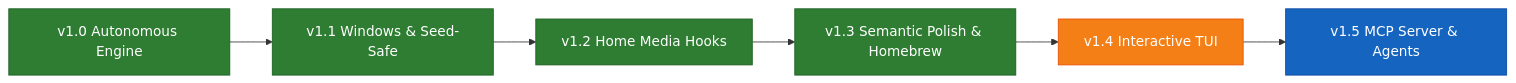
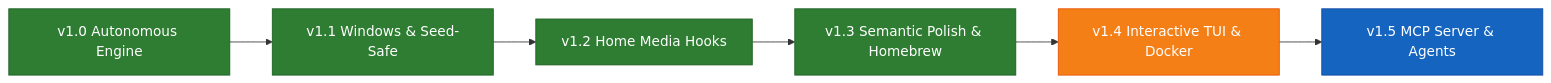
Before and after one commit to omerninyo/RightSub: the diagram in ROADMAP.md, drawn with Mermaid. The commit also changed other lines of this file and 3 other files, not shown here.

Commit message:
docs: add official Docker and Sidecar container support to v1.4.0 milestone in roadmap

````diff
--- a/ROADMAP.md
+++ b/ROADMAP.md
@@ -15,16 +15,16 @@
 ```mermaid
 flowchart LR
     v10["v1.0 Autonomous Engine"] --> v11["v1.1 Windows & Seed-Safe"]
     v11 --> v12["v1.2 Home Media Hooks"]
     v12 --> v13["v1.3 Semantic Polish & Homebrew"]
-    v13 --> v14["v1.4 Interactive TUI"]
+    v13 --> v14["v1.4 Interactive TUI & Docker"]
     v14 --> v15["v1.5 MCP Server & Agents"]
 
     classDef done fill:#2e7d32,stroke:#1b5e20,color:#ffffff;
     classDef planned fill:#f57f17,stroke:#e65100,color:#ffffff;
     classDef horizon fill:#1565c0,stroke:#0d47a1,color:#ffffff;
 
     class v10,v11,v12,v13 done;
     class v14 planned;
     class v15 horizon;
 ```
````
